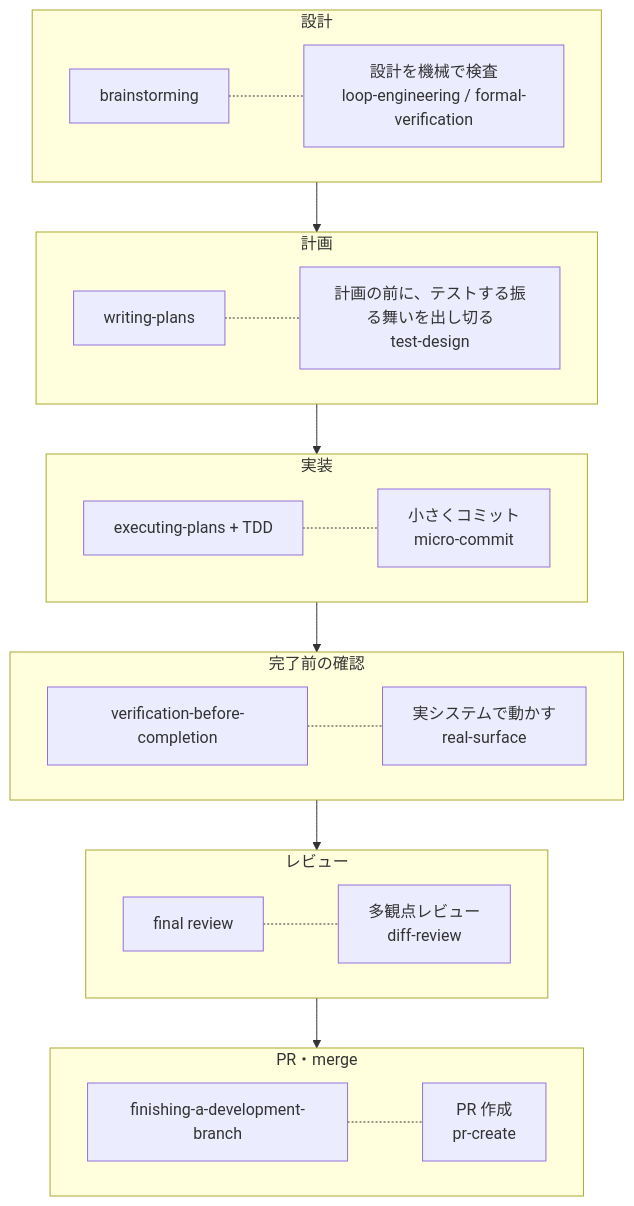
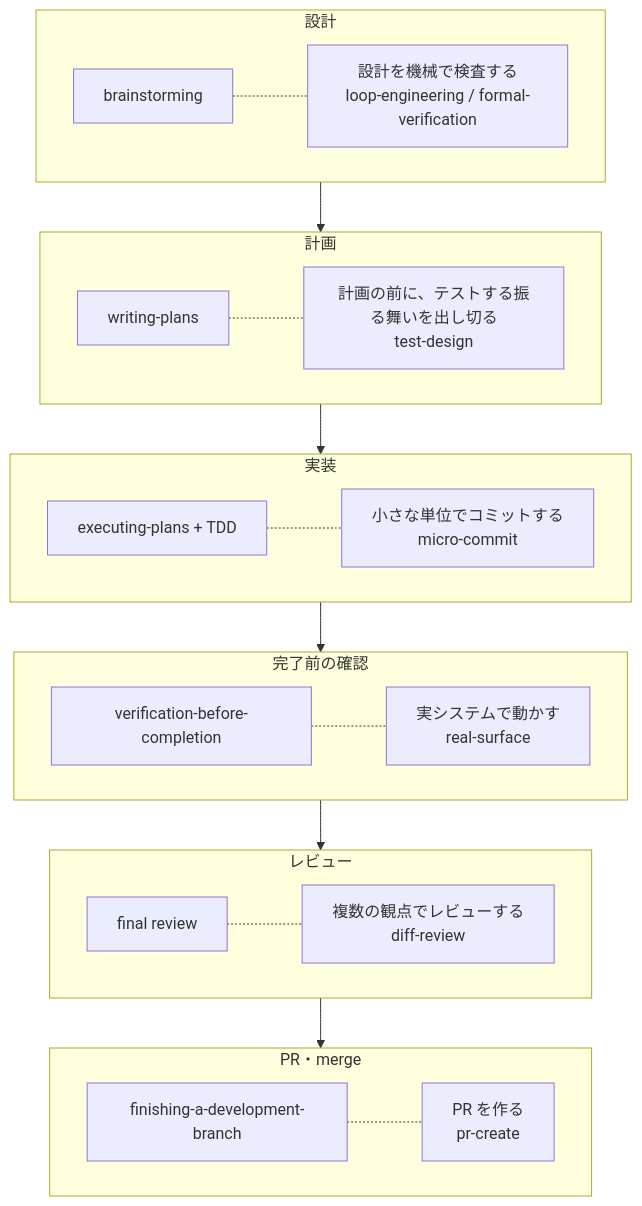
One commit to Hakkadaikon/hymme changed the first of 2 diagrams in README.md. Above: the diagram before and after it, drawn with Mermaid. The commit also changed other lines of this file and 104 other files, not shown here.

````diff
--- a/README.md
+++ b/README.md
@@ -16,28 +16,28 @@
 ```mermaid
 flowchart TD
     subgraph S1["設計"]
         direction LR
-        A["brainstorming"] -.- A1["設計を機械で検査<br>loop-engineering / formal-verification"]
+        A["brainstorming"] -.- A1["設計を機械で検査する<br>loop-engineering / formal-verification"]
     end
     subgraph S2["計画"]
         direction LR
         B["writing-plans"] -.- B1["計画の前に、テストする振る舞いを出し切る<br>test-design"]
     end
     subgraph S3["実装"]
         direction LR
-        C["executing-plans + TDD"] -.- C1["小さくコミット<br>micro-commit"]
+        C["executing-plans + TDD"] -.- C1["小さな単位でコミットする<br>micro-commit"]
     end
     subgraph S4["完了前の確認"]
         direction LR
         D["verification-before-completion"] -.- D1["実システムで動かす<br>real-surface"]
     end
     subgraph S5["レビュー"]
         direction LR
-        E["final review"] -.- E1["多観点レビュー<br>diff-review"]
+        E["final review"] -.- E1["複数の観点でレビューする<br>diff-review"]
     end
     subgraph S6["PR・merge"]
         direction LR
-        F["finishing-a-development-branch"] -.- F1["PR 作成<br>pr-create"]
+        F["finishing-a-development-branch"] -.- F1["PR を作る<br>pr-create"]
     end
     S1 --> S2 --> S3 --> S4 --> S5 --> S6
 ```
````
